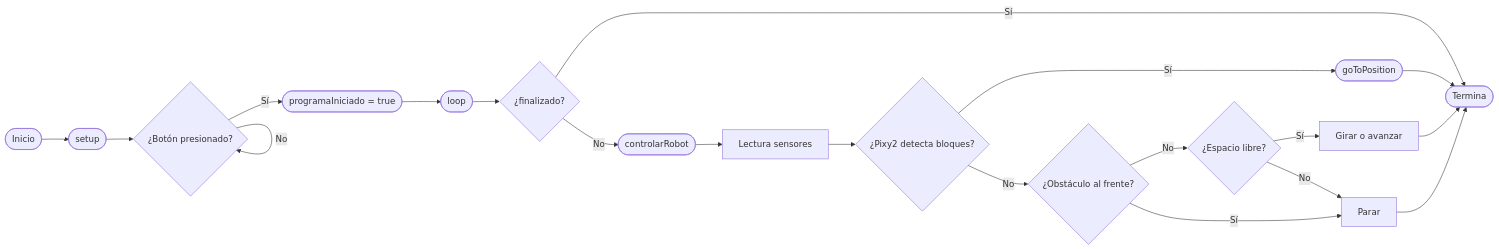
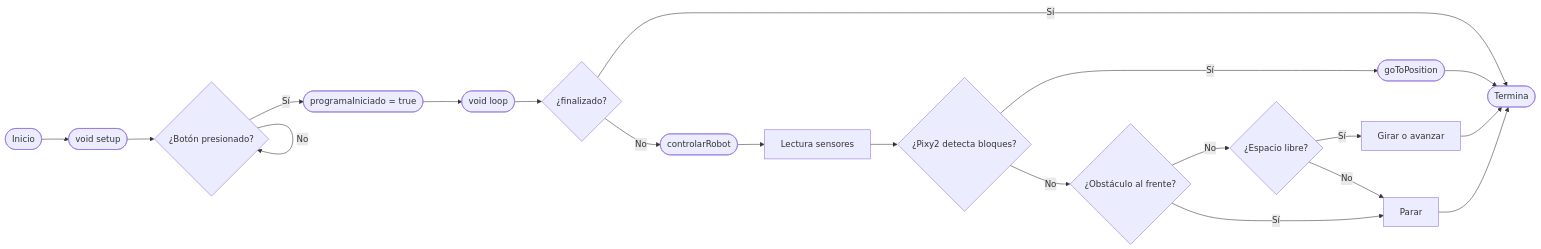
The second of 2 diagrams in README.md (teamvalgrind/ValRepo-WRO-2025), drawn with Mermaid before and after one commit.

````diff
--- a/README.md
+++ b/README.md
@@ -356,22 +356,22 @@
 ```mermaid
 flowchart LR
-    A([Inicio]) --> B([setup])
+    A([Inicio]) --> B([void setup])
     B --> C{¿Botón presionado?}
     C -- No --> C
     C -- Sí --> D([programaIniciado = true])
-    D --> E([loop])
+    D --> E([void loop])
     E --> F{¿finalizado?}
     F -- Sí --> G([Termina])
     F -- No --> H([controlarRobot])
     H --> I[Lectura sensores]
     I --> J{¿Pixy2 detecta bloques?}
     J -- Sí --> K([goToPosition])
     J -- No --> L{¿Obstáculo al frente?}
     L -- No --> M{¿Espacio libre?}
     M -- Sí --> N[Girar o avanzar]
     M -- No --> O[Parar]
     L -- Sí --> O
     K --> G
     N --> G
     O --> G
 ```
````
